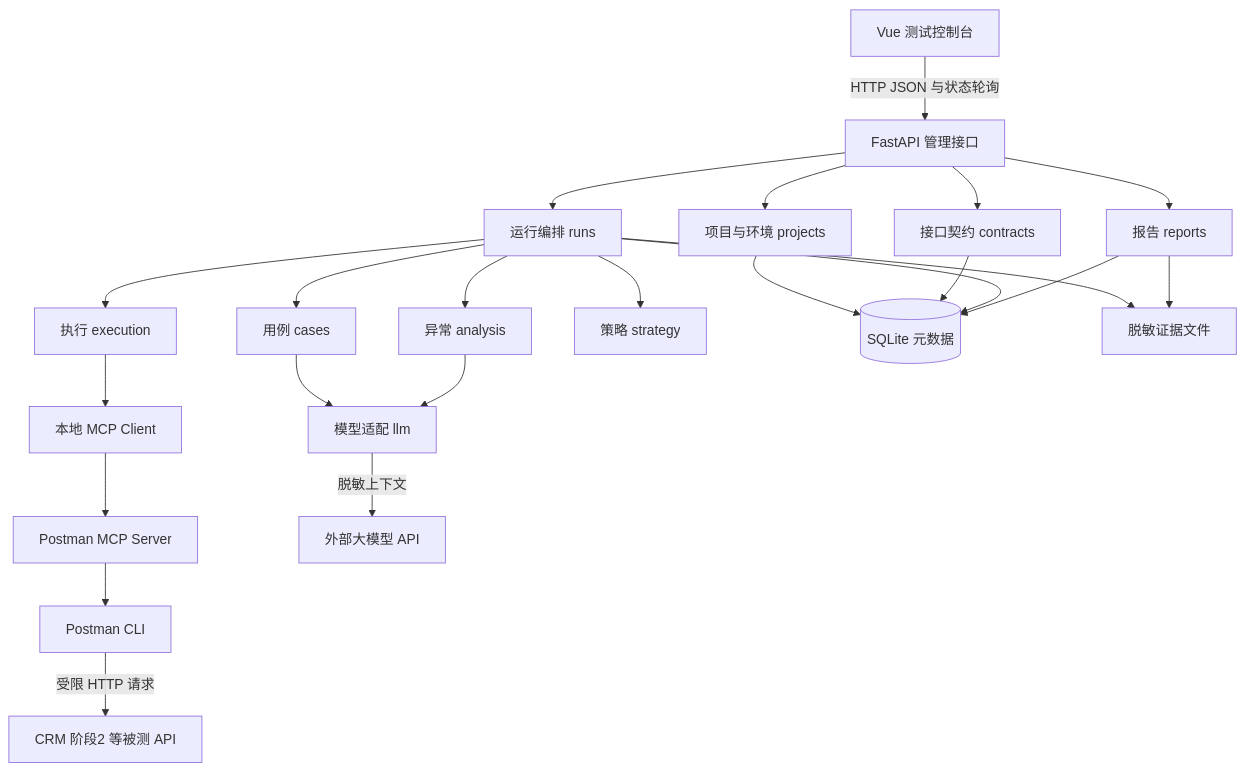
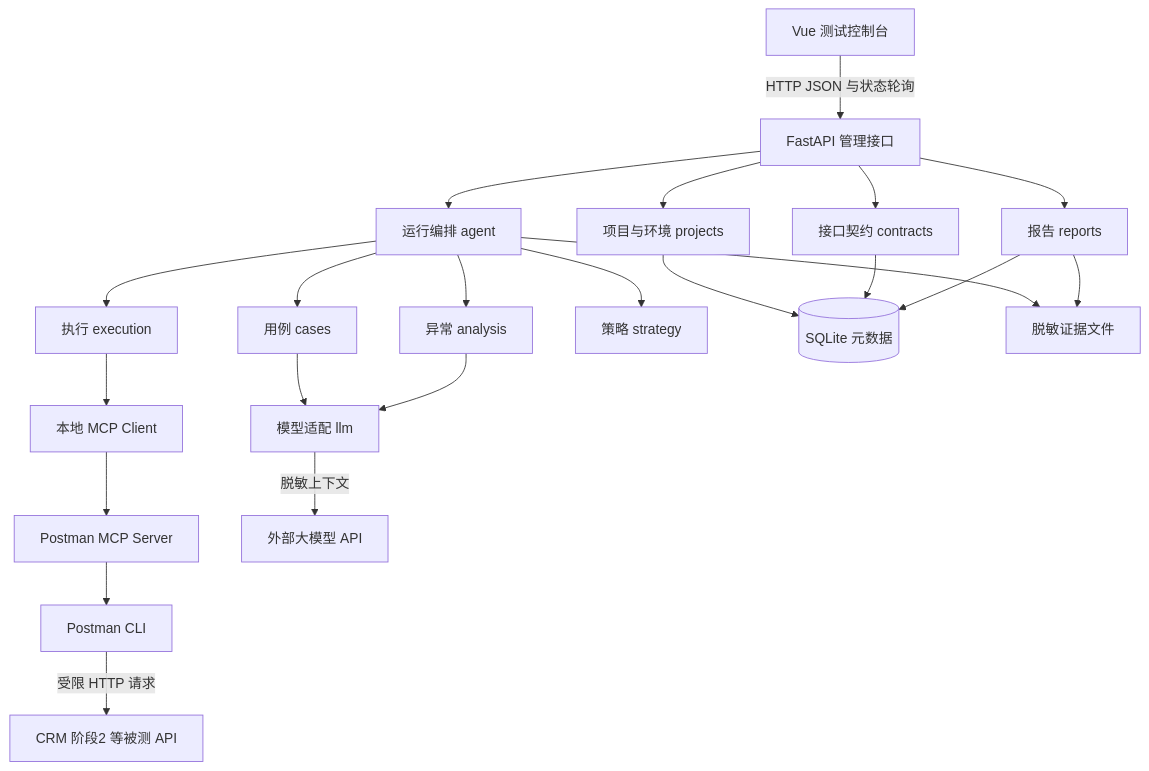
One commit to BugYuan64/API-Agent changed the diagram in 项目最终架构.md. Above: the diagram before and after it, drawn with Mermaid. The commit also changed other lines of this file and 137 other files, not shown here.

````diff
--- a/项目最终架构.md
+++ b/项目最终架构.md
@@ -56,25 +56,24 @@
 ```mermaid
 flowchart TB
     UI[Vue 测试控制台] -->|HTTP JSON 与状态轮询| API[FastAPI 管理接口]
     API --> P[项目与环境 projects]
     API --> C[接口契约 contracts]
-    API --> R[运行编排 runs]
+    API --> R[运行编排 agent]
     API --> Q[报告 reports]
     R --> G[用例 cases]
     R --> E[执行 execution]
     R --> A[异常 analysis]
     R --> S[策略 strategy]
     G --> L[模型适配 llm]
     A --> L
     E --> MC[本地 MCP Client]
     MC --> MS[Postman MCP Server]
     MS --> CLI[Postman CLI]
     CLI -->|受限 HTTP 请求| T[CRM 阶段2 等被测 API]
     P --> DB[(SQLite 元数据)]
     C --> DB
-    R --> DB
     Q --> DB
     R --> F[脱敏证据文件]
     Q --> F
     L -->|脱敏上下文| M[外部大模型 API]
 ```
````
